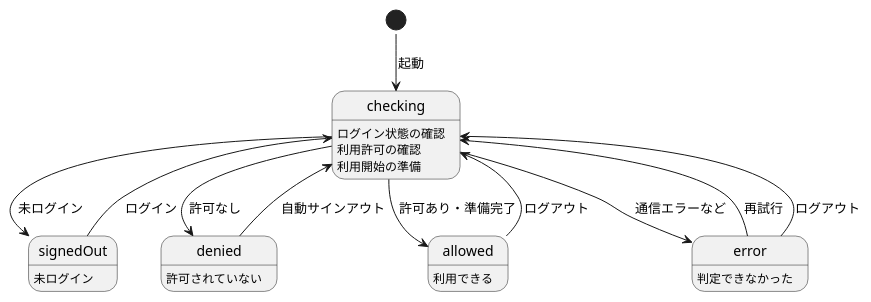
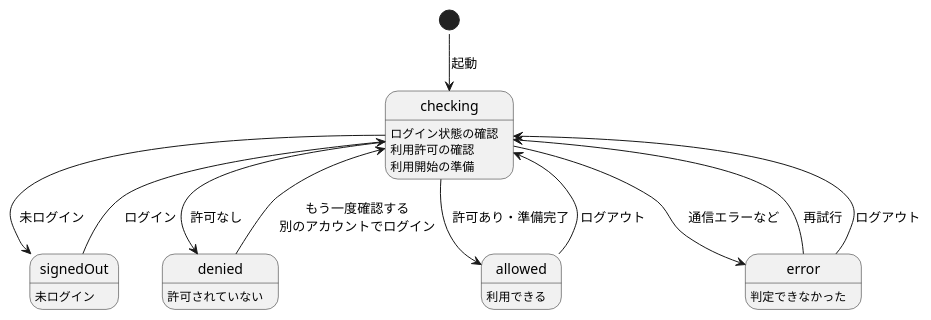
The diagram in design/screens/diagrams/access_status.puml (LASC-SINCE2015/LivingManager), drawn with PlantUML before and after one commit. The commit also changed 45 other files, not shown here.

```diff
--- a/design/screens/diagrams/access_status.puml
+++ b/design/screens/diagrams/access_status.puml
@@ -1,23 +1,23 @@
 @startuml access_status
 !pragma layout smetana
 ' AccessStatus（利用許可の判定結果）の移り変わり
 skinparam defaultFontName "Meiryo"
 
 state checking : ログイン状態の確認\n利用許可の確認\n利用開始の準備
 state signedOut : 未ログイン
 state denied : 許可されていない
 state allowed : 利用できる
 state error : 判定できなかった
 
 [*] --> checking : 起動
 checking --> signedOut : 未ログイン
 checking --> denied : 許可なし
 checking --> allowed : 許可あり・準備完了
 checking --> error : 通信エラーなど
 
 signedOut --> checking : ログイン
 allowed --> checking : ログアウト
-denied --> checking : 自動サインアウト
+denied --> checking : もう一度確認する\n別のアカウントでログイン
 error --> checking : 再試行
 error --> checking : ログアウト
 @enduml
```
